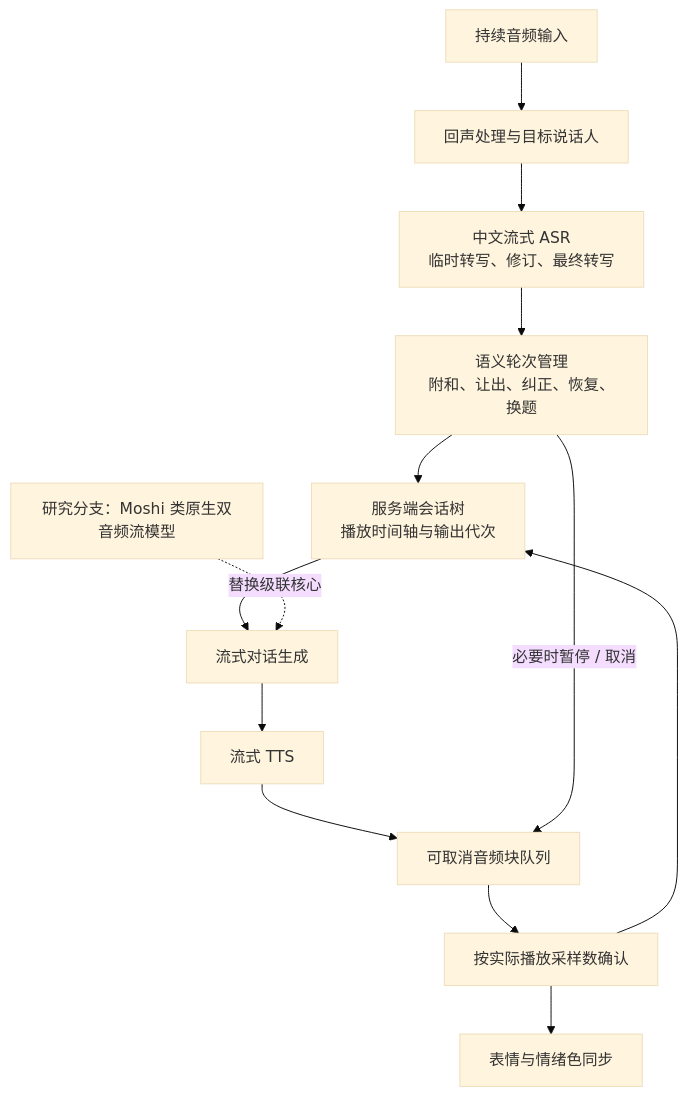
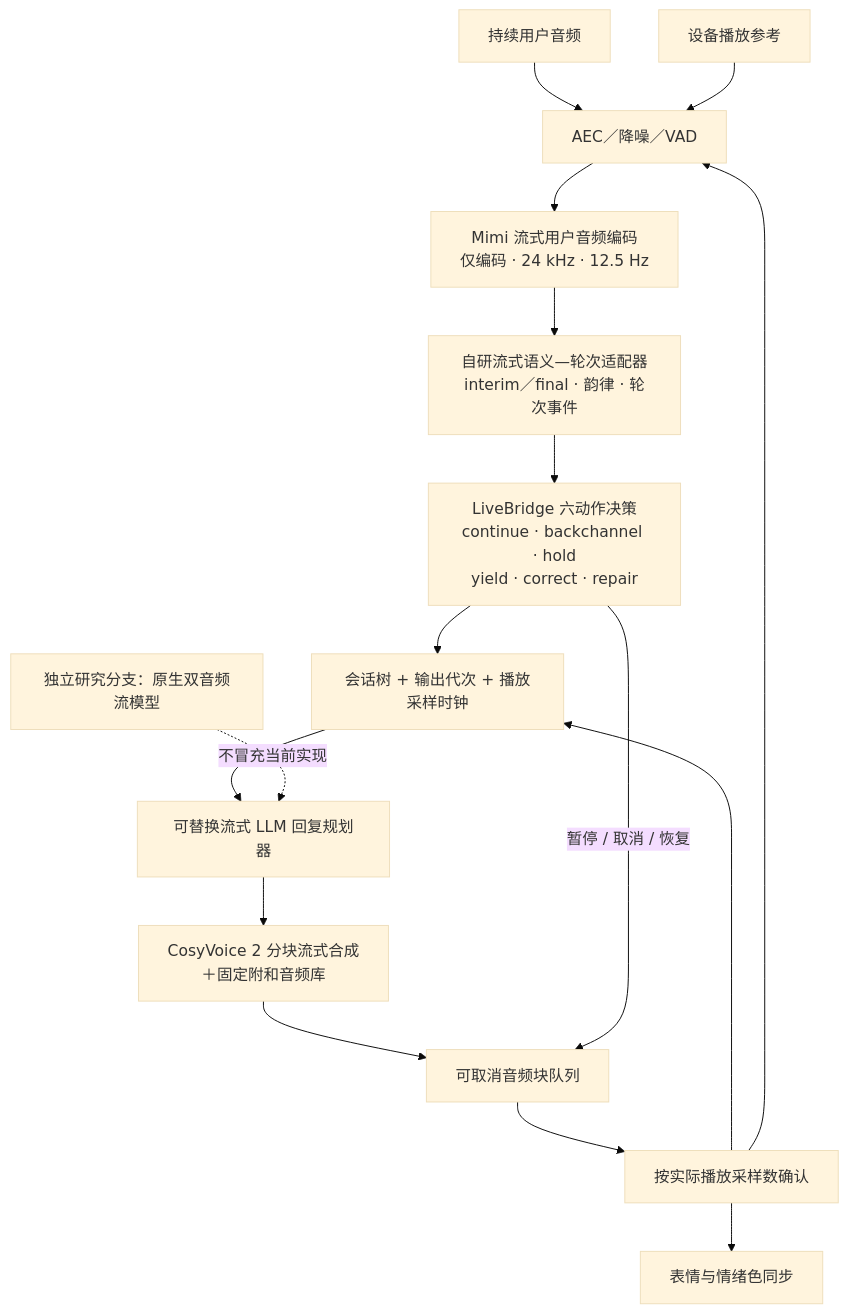
One commit to wuki-creator/Xim-duplex changed the fifth of 6 diagrams in docs/MODEL_FLOW.md. Above: the diagram before and after it, drawn with Mermaid (base theme). The commit also changed other lines of this file and 19 other files, not shown here.

````diff
--- a/docs/MODEL_FLOW.md
+++ b/docs/MODEL_FLOW.md
@@ -121,15 +123,18 @@
 ```mermaid
 flowchart TD
-    AUDIO[持续音频输入] --> AEC[回声处理与目标说话人]
-    AEC --> STREAM[中文流式 ASR<br/>临时转写、修订、最终转写]
-    STREAM --> TM[语义轮次管理<br/>附和、让出、纠正、恢复、换题]
-    TM --> STATE[服务端会话树<br/>播放时间轴与输出代次]
-    STATE --> GEN[流式对话生成]
-    GEN --> STTS[流式 TTS]
-    STTS --> PLAY[可取消音频块队列]
+    AUDIO[持续用户音频] --> AEC[AEC／降噪／VAD]
+    REF[设备播放参考] --> AEC
+    AEC --> MIMI[Mimi 流式用户音频编码<br/>仅编码 · 24 kHz · 12.5 Hz]
+    MIMI --> ADAPT[自研流式语义—轮次适配器<br/>interim／final · 韵律 · 轮次事件]
+    ADAPT --> POLICY[LiveBridge 六动作决策<br/>continue · backchannel · hold<br/>yield · correct · repair]
+    POLICY --> STATE[会话树 + 输出代次 + 播放采样时钟]
+    STATE --> GEN[可替换流式 LLM 回复规划器]
+    GEN --> CV2[CosyVoice 2 分块流式合成<br/>＋固定附和音频库]
+    CV2 --> PLAY[可取消音频块队列]
     PLAY --> ACK[按实际播放采样数确认]
     ACK --> STATE
+    ACK --> AEC
     ACK --> FACE[表情与情绪色同步]
-    TM -->|必要时暂停 / 取消| PLAY
-    RESEARCH[研究分支：Moshi 类原生双音频流模型] -.替换级联核心.-> GEN
+    POLICY -->|暂停 / 取消 / 恢复| PLAY
+    RESEARCH[独立研究分支：原生双音频流模型] -.不冒充当前实现.-> GEN
 ```
````
